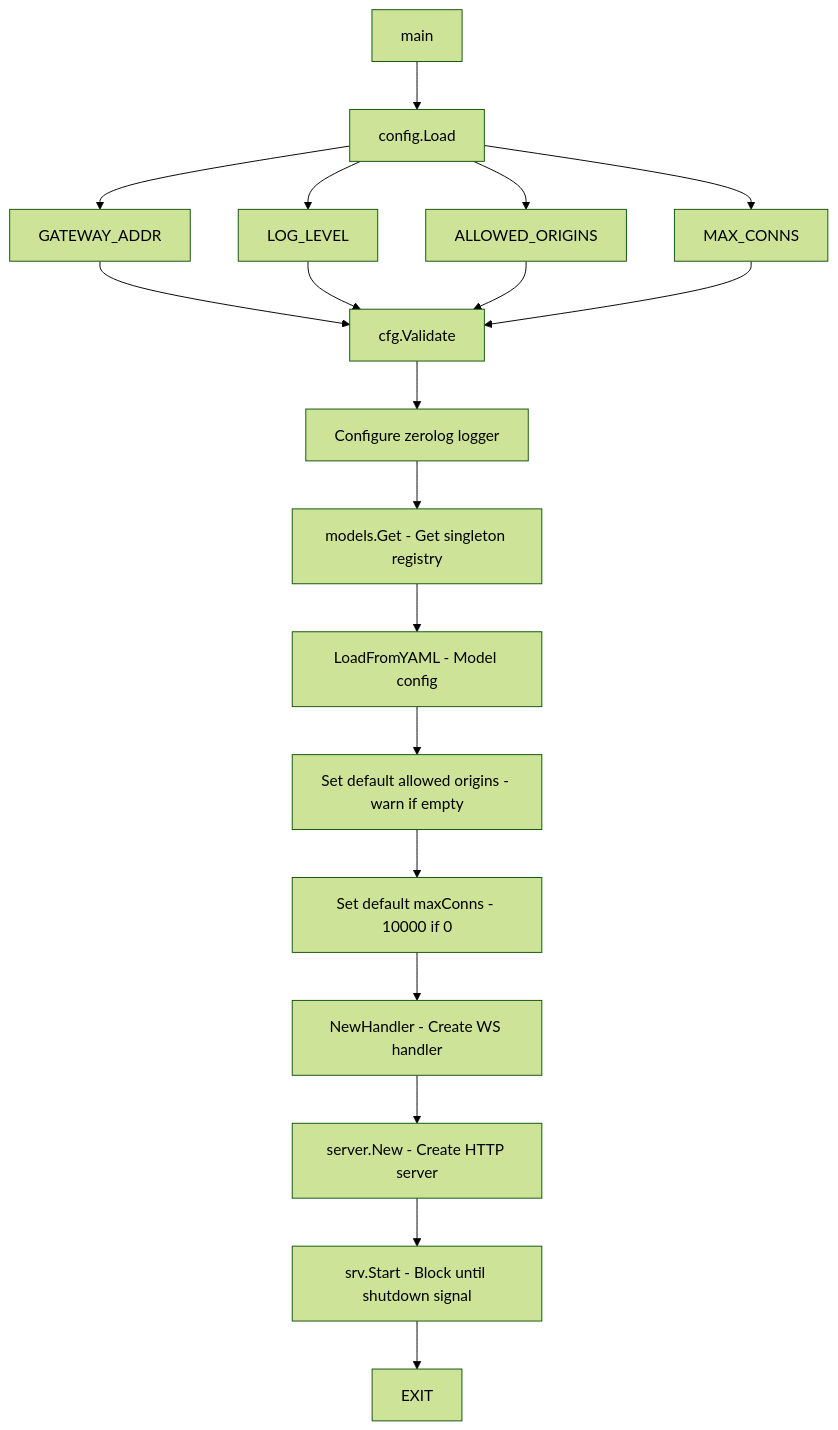
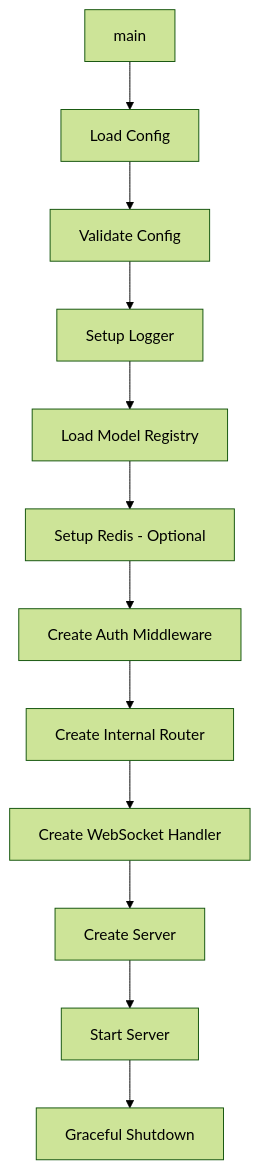
Before and after one commit to radch-ai/ava: the diagram in docs/cmd.md, drawn with Mermaid (forest theme). The commit also changed other lines of this file and 11 other files, not shown here.

````diff
--- a/docs/cmd.md
+++ b/docs/cmd.md
@@ -11,21 +7,14 @@
 ```mermaid
 flowchart TB
-    Start[main] --> Load[config.Load]
-    Load --> Env1["GATEWAY_ADDR"]
-    Load --> Env2["LOG_LEVEL"]
-    Load --> Env3["ALLOWED_ORIGINS"]
-    Load --> Env4["MAX_CONNS"]
-    Env1 --> Validate[cfg.Validate]
-    Env2 --> Validate
-    Env3 --> Validate
-    Env4 --> Validate
-    Validate --> Logger[Configure zerolog logger]
-    Logger --> Models[models.Get - Get singleton registry]
-    Models --> LoadYAML[LoadFromYAML - Model config]
-    LoadYAML --> Origins[Set default allowed origins - warn if empty]
-    Origins --> MaxConns[Set default maxConns - 10000 if 0]
-    MaxConns --> Handler[NewHandler - Create WS handler]
-    Handler --> Server[server.New - Create HTTP server]
-    Server --> SrvStart[srv.Start - Block until shutdown signal]
-    SrvStart --> Exit[EXIT]
+    Start[main] --> Load[Load Config]
+    Load --> Validate[Validate Config]
+    Validate --> Logger[Setup Logger]
+    Logger --> ModelRegistry[Load Model Registry]
+    ModelRegistry --> Redis[Setup Redis - Optional]
+    Redis --> AuthMW[Create Auth Middleware]
+    AuthMW --> InternalRouter[Create Internal Router]
+    InternalRouter --> WSHandler[Create WebSocket Handler]
+    WSHandler --> Server[Create Server]
+    Server --> StartSrv[Start Server]
+    StartSrv --> Shutdown[Graceful Shutdown]
 ```
````
